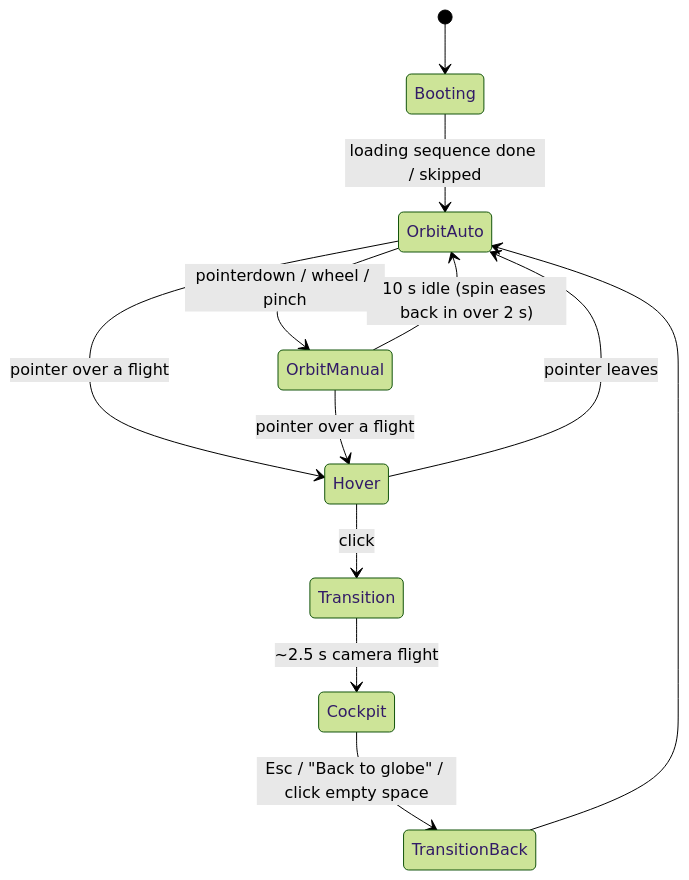
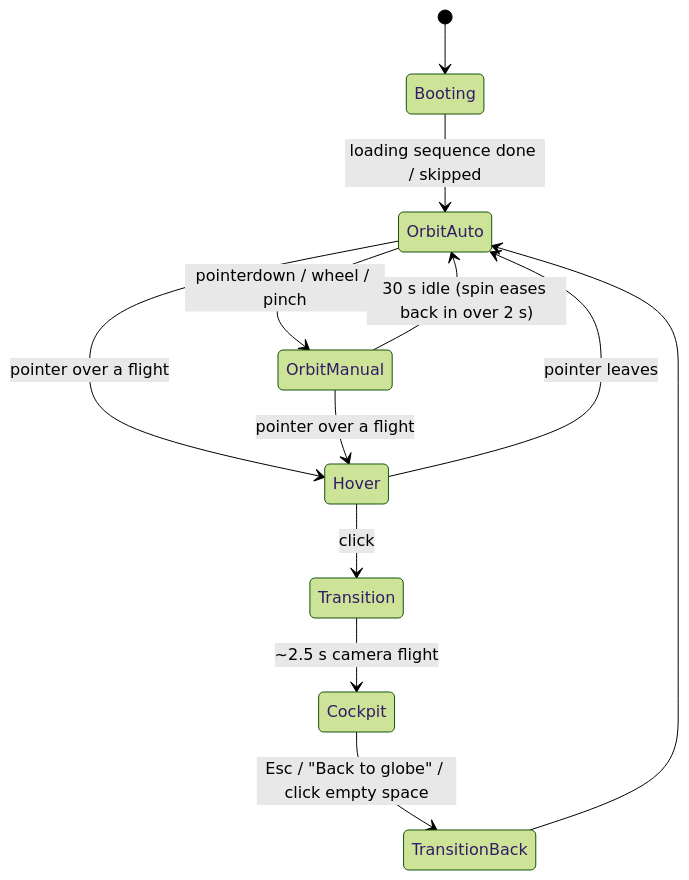
Before and after one commit to brandonIsTall/flightflux: the third of 5 diagrams in docs/PLAN.md, drawn with Mermaid (forest theme). The commit also changed other lines of this file, not shown here.

First line of the commit message:
Plan: record auto-spin, units, mobile and hosting decisions

````diff
--- a/docs/PLAN.md
+++ b/docs/PLAN.md
@@ -205,14 +209,14 @@
 ```mermaid
 stateDiagram-v2
   [*] --> Booting
   Booting --> OrbitAuto: loading sequence done / skipped
   OrbitAuto --> OrbitManual: pointerdown / wheel / pinch
-  OrbitManual --> OrbitAuto: 10 s idle (spin eases back in over 2 s)
+  OrbitManual --> OrbitAuto: 30 s idle (spin eases back in over 2 s)
   OrbitAuto --> Hover: pointer over a flight
   OrbitManual --> Hover: pointer over a flight
   Hover --> OrbitAuto: pointer leaves
   Hover --> Transition: click
   Transition --> Cockpit: ~2.5 s camera flight
   Cockpit --> TransitionBack: Esc / "Back to globe" / click empty space
   TransitionBack --> OrbitAuto
 ```
````
